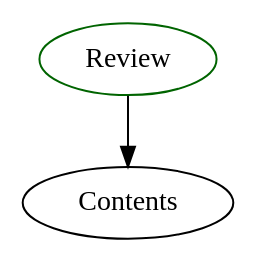
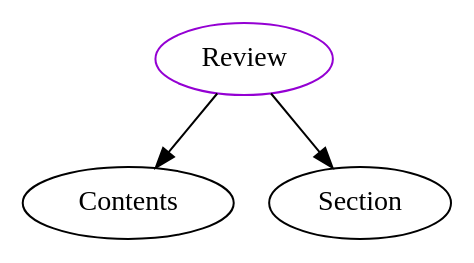
One commit to JacquesCarette/Drasil changed the diagram in analysis/TypeDependencyGraphs/docLang/Review.dot. Above: the diagram before and after it, drawn with Graphviz. The commit also changed 497 other files, not shown here.

```diff
--- a/analysis/TypeDependencyGraphs/docLang/Review.dot
+++ b/analysis/TypeDependencyGraphs/docLang/Review.dot
@@ -1,4 +1,5 @@
 digraph review{
-Review	[shape=oval, color=darkgreen, label="Review"];
+Review	[shape=oval, color=darkviolet, label="Review"];
 Review -> Contents;
+Review -> Section;
 }
```
